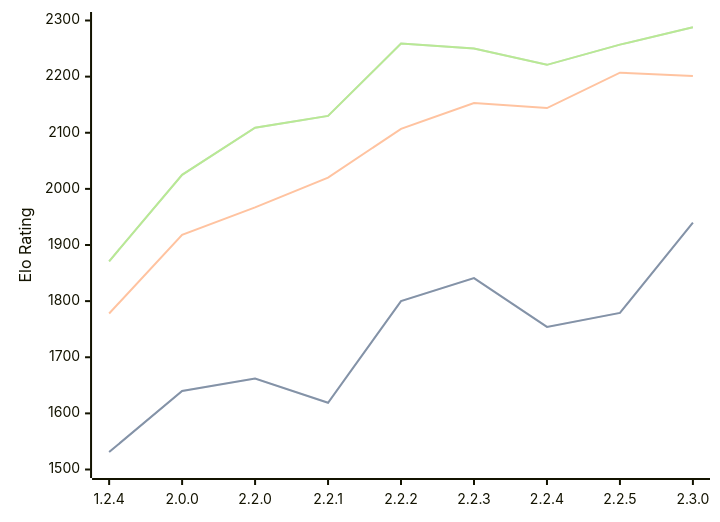
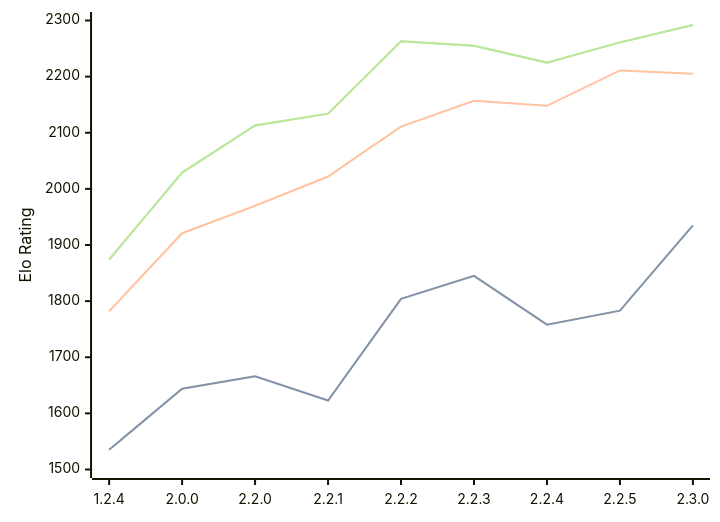
The diagram in engines/Kreveta.md (computer-chess-index/cci), drawn with Mermaid before and after one commit. The commit also changed other lines of this file, not shown here.

Commit message:
Update CCI Ratings (ELO VLTC) - 2026-05-02

````diff
--- a/engines/Kreveta.md
+++ b/engines/Kreveta.md
@@ -42,11 +42,11 @@
 ```mermaid
 %%{init: {"theme":"base","themeVariables":{"seriesColors:['#a3a3a3','#222221','#faa371']}}}%%
 xychart-beta
   x-axis ["1.2.4", "2.0.0", "2.2.0", "2.2.1", "2.2.2", "2.2.3", "2.2.4", "2.2.5", "2.3.0"]
   y-axis "Elo Rating" 1500 --> 2300
-  line "STC (8.0+0.08s)" [1531, 1640, 1662, 1619, 1800, 1841, 1754, 1779, 1940]
-  line "STC (8.0+0.08s)" [1531, 1640, 1662, 1619, 1800, 1841, 1754, 1779, 1940]
-  line "LTC (60.0+0.60s)" [1778, 1918, 1967, 2020, 2107, 2153, 2144, 2207, 2201]
-  line "VLTC (2m24s+1.12s)" [1871, 2025, 2109, 2130, 2259, 2250, 2221, 2257, 2288]
-  line "VLTC (2m24s+1.12s)" [1871, 2025, 2109, 2130, 2259, 2250, 2221, 2257, 2288]
+  line "STC (8.0+0.08s)" [1535, 1644, 1666, 1623, 1804, 1845, 1758, 1783, 1935]
+  line "STC (8.0+0.08s)" [1535, 1644, 1666, 1623, 1804, 1845, 1758, 1783, 1935]
+  line "LTC (60.0+0.60s)" [1782, 1921, 1970, 2022, 2111, 2157, 2148, 2211, 2205]
+  line "VLTC (2m24s+1.12s)" [1874, 2029, 2113, 2134, 2263, 2255, 2225, 2261, 2292]
+  line "VLTC (2m24s+1.12s)" [1874, 2029, 2113, 2134, 2263, 2255, 2225, 2261, 2292]
 ```
````
